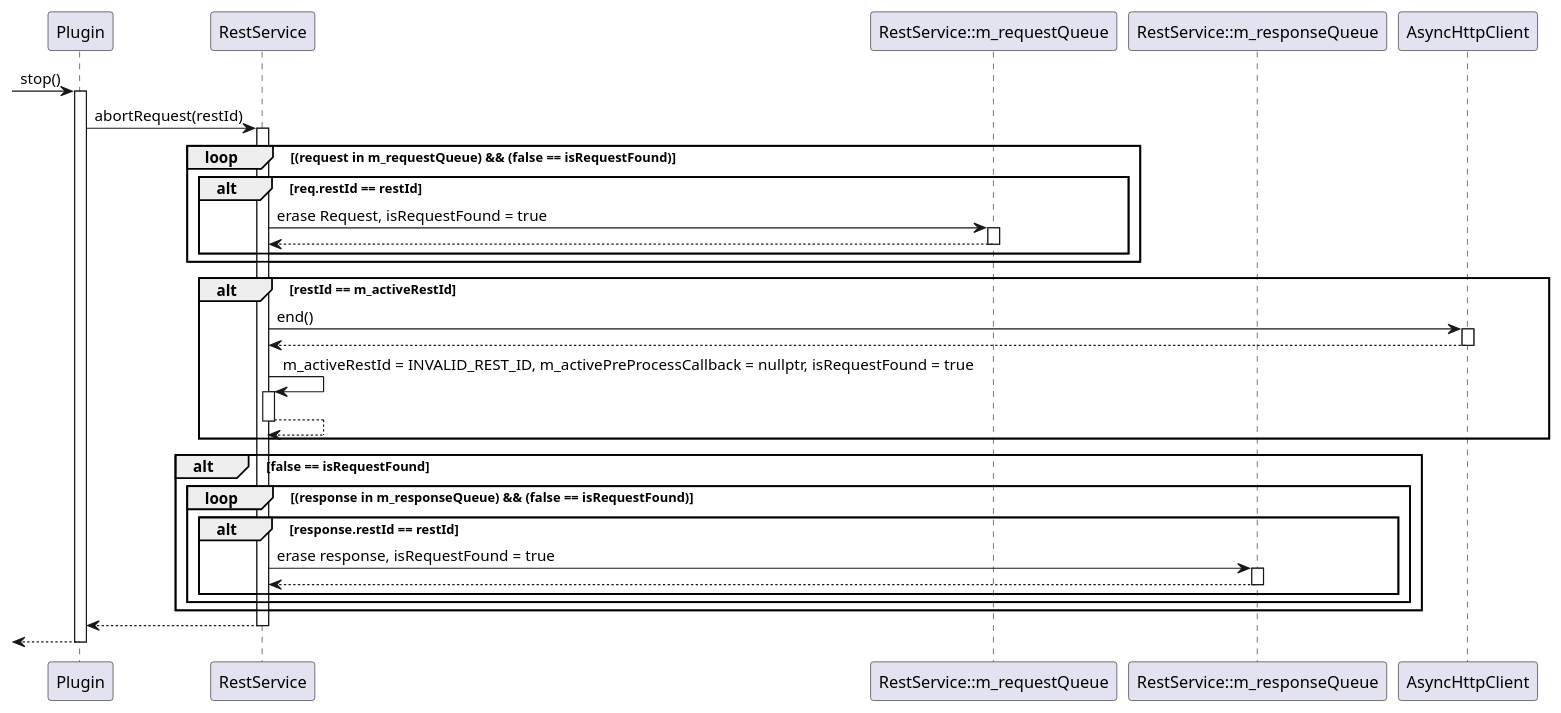
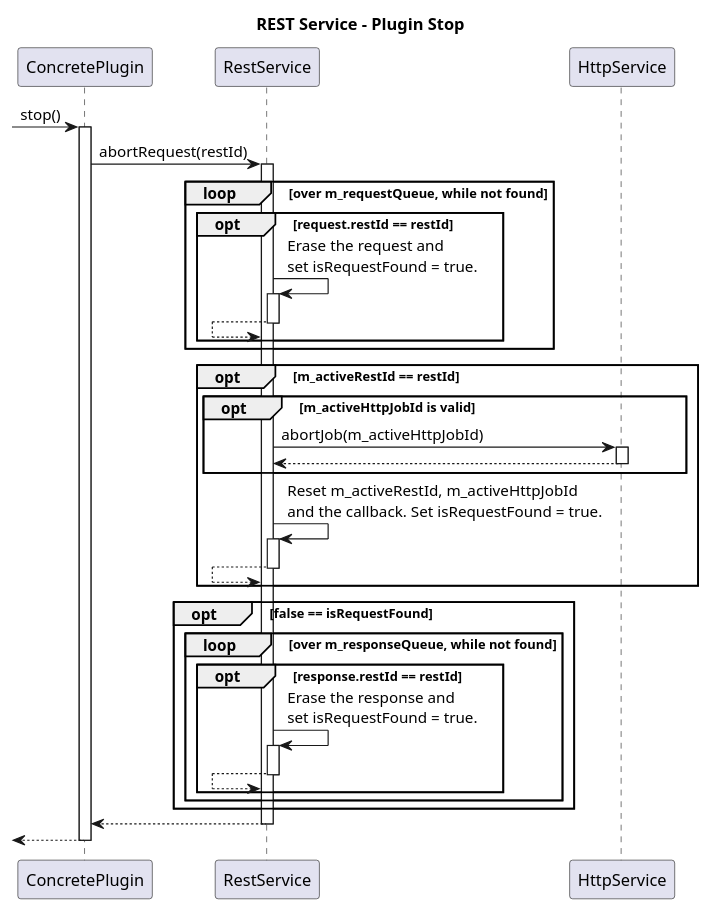
The diagram in doc/architecture/uml/rest_service_plugin_stop.wsd (BlueAndi/Pixelix), drawn with PlantUML before and after one commit. The commit also changed 66 other files, not shown here.

Commit message:
SW architecture updated

```diff
--- a/doc/architecture/uml/rest_service_plugin_stop.wsd
+++ b/doc/architecture/uml/rest_service_plugin_stop.wsd
@@ -1,39 +1,50 @@
-@startuml plugin-stop
+@startuml rest_service_plugin_stop
 
-participant Plugin
-participant RestService
-participant "RestService::m_requestQueue" as requestQ
-participant "RestService::m_responseQueue" as responseQ
-participant AsyncHttpClient
+title REST Service - Plugin Stop
+
+' UML 2.5.1: a combined fragment with a single operand and a guard is
+' "opt", not an "alt" without an else operand.
+
+participant "ConcretePlugin" as plugin
+participant "RestService" as restService
+participant "HttpService" as httpService
 
 autoactivate on
 
--> Plugin: stop()
-    Plugin -> RestService: abortRequest(restId)
-        loop (request in m_requestQueue) && (false == isRequestFound)
-            alt req.restId == restId
-                RestService -> requestQ: erase Request, isRequestFound = true
-                RestService <-- requestQ
-            end
-        end   
+-> plugin: stop()
 
-        alt restId == m_activeRestId
-            RestService -> AsyncHttpClient: end()
-            RestService <-- AsyncHttpClient
+    plugin -> restService: abortRequest(restId)
 
-            RestService -> RestService: m_activeRestId = INVALID_REST_ID, m_activePreProcessCallback = nullptr, isRequestFound = true
-            return
-        end
+        loop over m_requestQueue, while not found
+            opt request.restId == restId
+                restService -> restService: Erase the request and\nset isRequestFound = true.
+                restService <-- restService
+            end opt
+        end loop
 
-        alt false == isRequestFound
-            loop (response in m_responseQueue) && (false == isRequestFound)
-                alt response.restId == restId
-                    RestService -> responseQ: erase response, isRequestFound = true
-                    RestService <-- responseQ
-                end
-            end  
-        end
-    Plugin <-- RestService
-<-- Plugin
+        opt m_activeRestId == restId
+
+            opt m_activeHttpJobId is valid
+                restService -> httpService: abortJob(m_activeHttpJobId)
+                restService <-- httpService
+            end opt
+
+            restService -> restService: Reset m_activeRestId, m_activeHttpJobId\nand the callback. Set isRequestFound = true.
+            restService <-- restService
+
+        end opt
+
+        opt false == isRequestFound
+            loop over m_responseQueue, while not found
+                opt response.restId == restId
+                    restService -> restService: Erase the response and\nset isRequestFound = true.
+                    restService <-- restService
+                end opt
+            end loop
+        end opt
+
+    plugin <-- restService
+
+<-- plugin
 
 @enduml
```
